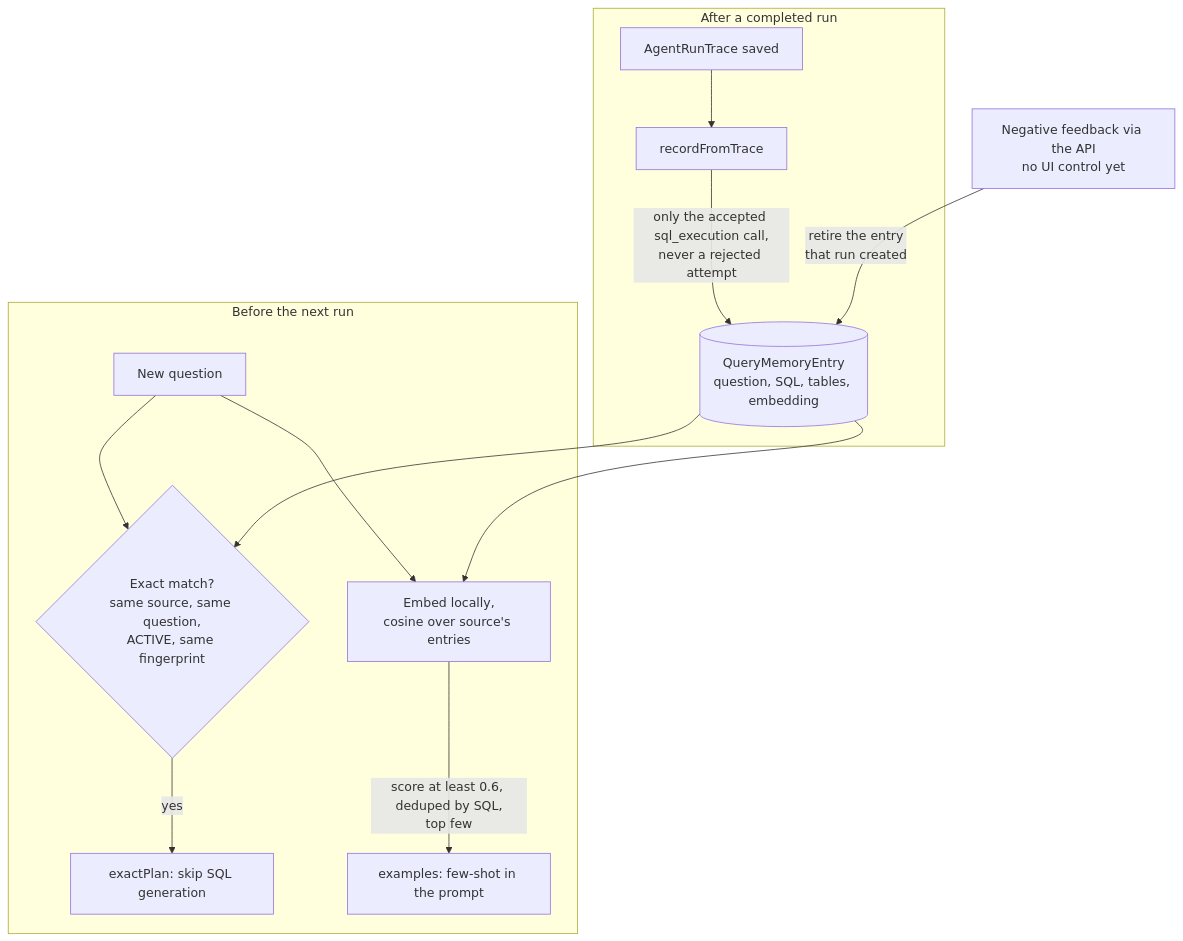
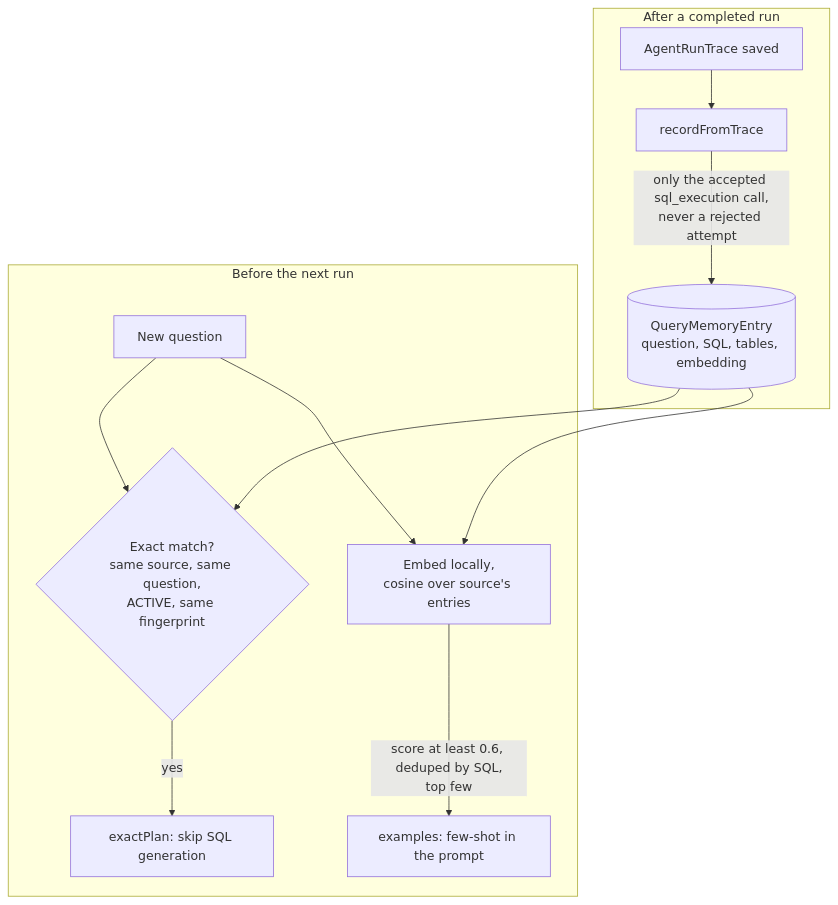
The fourth of 4 diagrams in docs/04-data-and-sync.md (Kakaw-AI/.github), drawn with Mermaid before and after one commit. The commit also changed other lines of this file and 4 other files, not shown here.

````diff
--- a/docs/04-data-and-sync.md
+++ b/docs/04-data-and-sync.md
@@ -153,18 +150,17 @@
 ```mermaid
 flowchart TD
     subgraph write [After a completed run]
       T[AgentRunTrace saved] --> R[recordFromTrace]
       R -->|only the accepted sql_execution call,<br/>never a rejected attempt| E[(QueryMemoryEntry<br/>question, SQL, tables, embedding)]
     end
 
     subgraph read [Before the next run]
       Q[New question] --> X{Exact match?<br/>same source, same question,<br/>ACTIVE, same fingerprint}
       X -->|yes| P[exactPlan: skip SQL generation]
       Q --> S[Embed locally,<br/>cosine over source's entries]
       S -->|score at least 0.6, deduped by SQL,<br/>top few| EX[examples: few-shot in the prompt]
     end
 
-    FB[Negative feedback via the API<br/>no UI control yet] -->|retire the entry<br/>that run created| E
     E --> X
     E --> S
 ```
````
